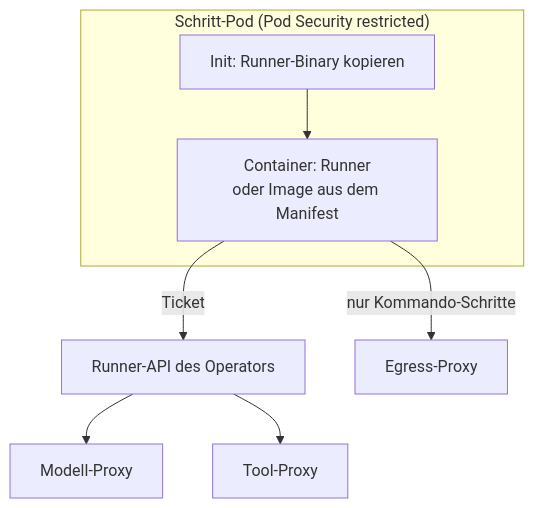
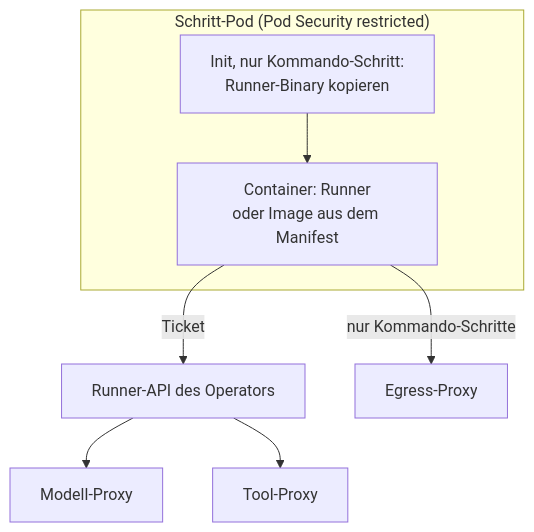
Before and after one commit to slauger/ai-agent-operations: the third of 3 diagrams in docs/04-laufzeit.md, drawn with Mermaid. The commit also changed other lines of this file and 26 other files, not shown here.

````diff
--- a/docs/04-laufzeit.md
+++ b/docs/04-laufzeit.md
@@ -49,11 +51,11 @@
 ```mermaid
 flowchart TB
     subgraph Pod["Schritt-Pod (Pod Security restricted)"]
-        I[Init: Runner-Binary kopieren] --> C
+        I[Init, nur Kommando-Schritt:<br>Runner-Binary kopieren] --> C
         C[Container: Runner<br>oder Image aus dem Manifest]
     end
     C -->|Ticket| API[Runner-API des Operators]
     API --> MP[Modell-Proxy]
     API --> TP[Tool-Proxy]
     C -->|nur Kommando-Schritte| EP[Egress-Proxy]
 ```
````
